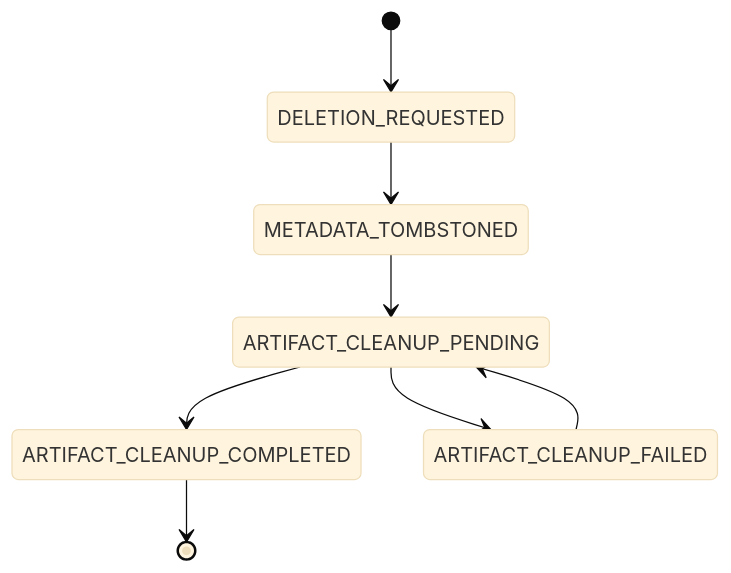
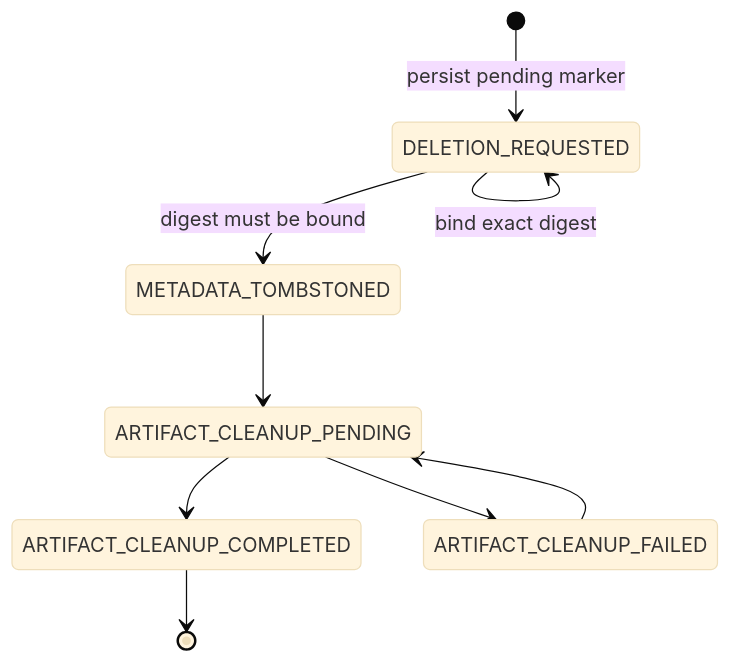
The diagram in docs/security/2026-08-06-durable-artifact-deletion-receipts.md (ContextualWisdomLab/clearfolio), drawn with Mermaid (base theme) before and after one commit. The commit also changed other lines of this file, not shown here.

Commit message:
docs(security): document durable pre-snapshot deletion evidence

````diff
--- a/docs/security/2026-08-06-durable-artifact-deletion-receipts.md
+++ b/docs/security/2026-08-06-durable-artifact-deletion-receipts.md
@@ -58,10 +70,11 @@
 ```mermaid
 stateDiagram-v2
-    [*] --> DELETION_REQUESTED
-    DELETION_REQUESTED --> METADATA_TOMBSTONED
+    [*] --> DELETION_REQUESTED: persist pending marker
+    DELETION_REQUESTED --> DELETION_REQUESTED: bind exact digest
+    DELETION_REQUESTED --> METADATA_TOMBSTONED: digest must be bound
     METADATA_TOMBSTONED --> ARTIFACT_CLEANUP_PENDING
     ARTIFACT_CLEANUP_PENDING --> ARTIFACT_CLEANUP_COMPLETED
     ARTIFACT_CLEANUP_PENDING --> ARTIFACT_CLEANUP_FAILED
     ARTIFACT_CLEANUP_FAILED --> ARTIFACT_CLEANUP_PENDING
     ARTIFACT_CLEANUP_COMPLETED --> [*]
 ```
````
